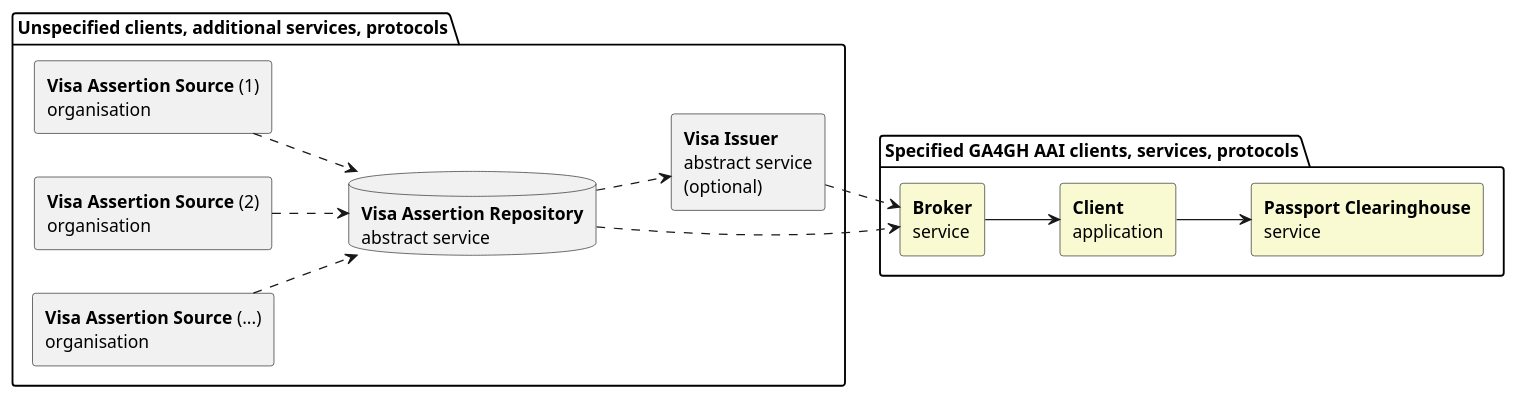
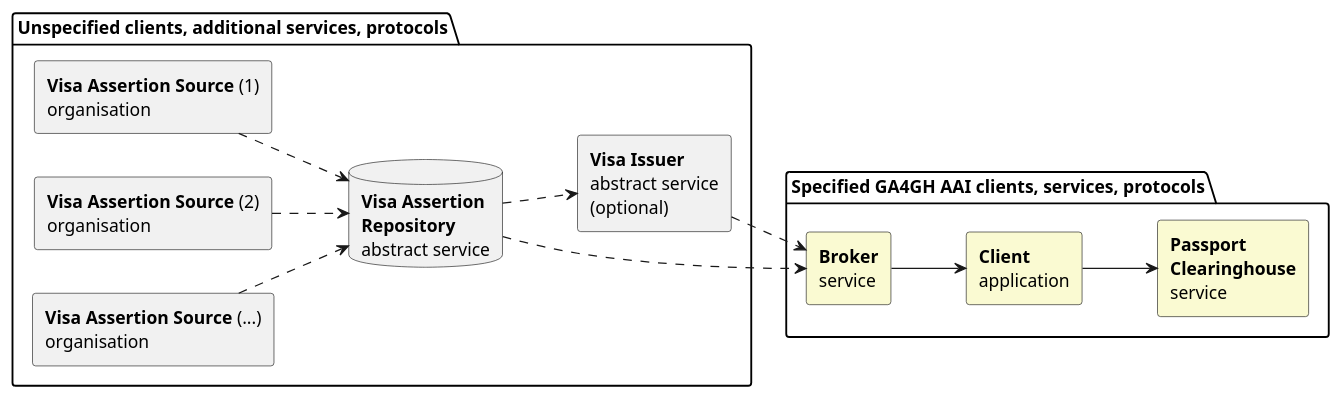
The second of 3 diagrams in AAI/AAIConnectProfile.md (ga4gh/data-security), drawn with PlantUML before and after one commit. The commit also changed other lines of this file, not shown here.

```diff
--- a/AAI/AAIConnectProfile.md
+++ b/AAI/AAIConnectProfile.md
@@ -341,31 +342,31 @@
 @startuml
 skinparam componentStyle rectangle
 left to right direction
 
 package "Unspecified clients, additional services, protocols" {
 component "<b>Visa Assertion Source</b> (1)\norganisation" as VisaSource1
 component "<b>Visa Assertion Source</b> (2)\norganisation" as VisaSource2
 component "<b>Visa Assertion Source</b> (...)\norganisation" as VisaSourceN
 
-database "<b>Visa Assertion Repository</b>\nabstract service" as VisaRepository
+database "<b>Visa Assertion</b>\n<b>Repository</b>\nabstract service" as VisaRepository
 component "<b>Visa Issuer</b>\nabstract service\n(optional)" as VisaIssuer
 }
 
 package "Specified GA4GH AAI clients, services, protocols" {
 component "<b>Broker</b>\nservice" as Broker #FAFAD2
 component "<b>Client</b>\napplication" as Client #FAFAD2
-component "<b>Passport Clearinghouse</b>\nservice" as ClearingHouse #FAFAD2
+component "<b>Passport</b>\n<b>Clearinghouse</b>\nservice" as ClearingHouse #FAFAD2
 }
 
 VisaSource1 ..> VisaRepository 
 VisaSource2 ..> VisaRepository 
 VisaSourceN ..> VisaRepository 
 VisaRepository ..> VisaIssuer 
 
 
 VisaRepository ..> Broker 
 VisaIssuer ..> Broker 
 Broker --> Client 
 Client --> ClearingHouse
 
 @enduml
```
